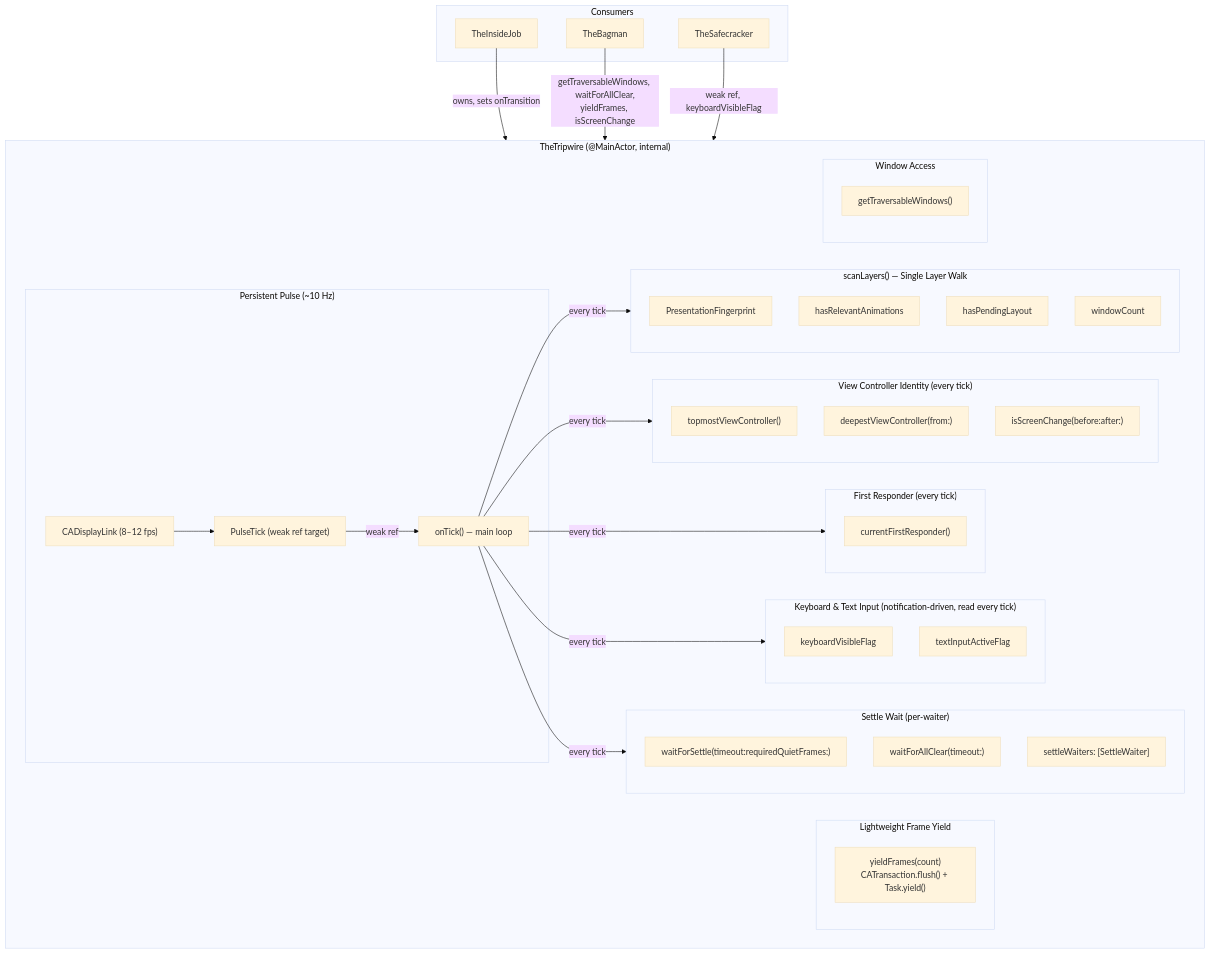
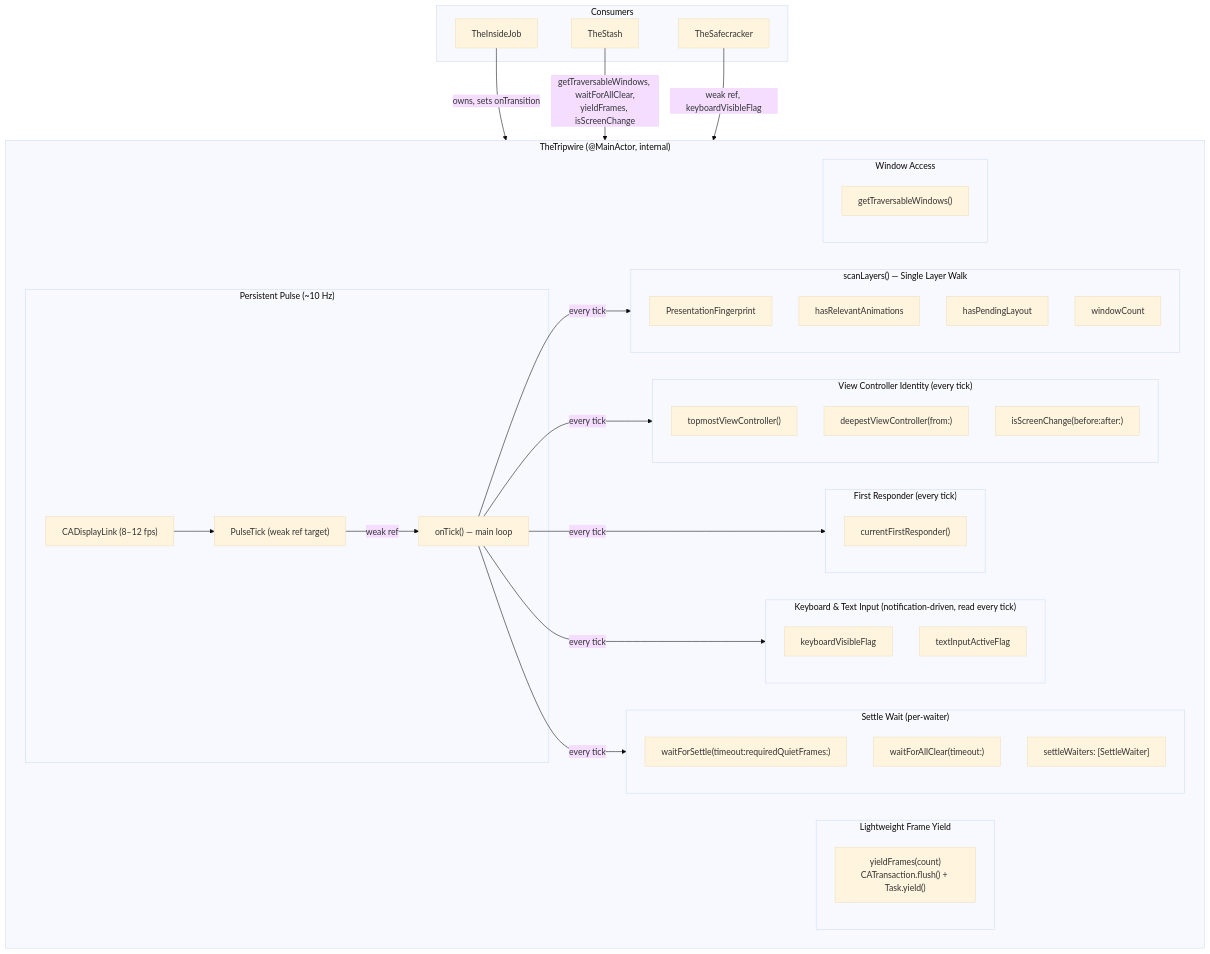
One commit to RoyalPineapple/TheButtonHeist changed the first of 6 diagrams in docs/dossiers/14-THETRIPWIRE.md. Above: the diagram before and after it, drawn with Mermaid (base theme). The commit also changed other lines of this file and 71 other files, not shown here.

First line of the commit message:
Decompose TheBagman → TheStash + TheBurglar + TheBrains (#248)

````diff
--- a/docs/dossiers/14-THETRIPWIRE.md
+++ b/docs/dossiers/14-THETRIPWIRE.md
@@ -42,64 +42,64 @@
 ```mermaid
 graph TD
     subgraph TheTripwire["TheTripwire (@MainActor, internal)"]
         subgraph Pulse["Persistent Pulse (~10 Hz)"]
             PulseTick["PulseTick (weak ref target)"]
             DisplayLink["CADisplayLink (8–12 fps)"]
             OnTick["onTick() — main loop"]
         end
 
         subgraph Scan["scanLayers() — Single Layer Walk"]
             FP["PresentationFingerprint"]
             Anim["hasRelevantAnimations"]
             Layout["hasPendingLayout"]
             WinCount["windowCount"]
         end
 
         subgraph VCIdentity["View Controller Identity (every tick)"]
             TopVC["topmostViewController()"]
             DeepVC["deepestViewController(from:)"]
             ScreenChange["isScreenChange(before:after:)"]
         end
 
         subgraph Focus["First Responder (every tick)"]
             FirstResp["currentFirstResponder()"]
         end
 
         subgraph Keyboard["Keyboard & Text Input (notification-driven, read every tick)"]
             KBFlag["keyboardVisibleFlag"]
             TextFlag["textInputActiveFlag"]
         end
 
         subgraph Settle["Settle Wait (per-waiter)"]
             WaitSettle["waitForSettle(timeout:requiredQuietFrames:)"]
             WaitAllClear["waitForAllClear(timeout:)"]
             Waiters["settleWaiters: [SettleWaiter]"]
         end
 
         subgraph FrameYield["Lightweight Frame Yield"]
             YieldFrames["yieldFrames(count)<br/>CATransaction.flush() + Task.yield()"]
         end
 
         subgraph Windows["Window Access"]
             GetWindows["getTraversableWindows()"]
         end
     end
 
     DisplayLink --> PulseTick
     PulseTick -->|"weak ref"| OnTick
     OnTick -->|"every tick"| Scan
     OnTick -->|"every tick"| VCIdentity
     OnTick -->|"every tick"| Focus
     OnTick -->|"every tick"| Keyboard
     OnTick -->|"every tick"| Settle
 
     subgraph Consumers["Consumers"]
         IJ["TheInsideJob"]
-        BM["TheBagman"]
+        BM["TheStash"]
         SC["TheSafecracker"]
     end
 
     IJ -->|"owns, sets onTransition"| TheTripwire
     BM -->|"getTraversableWindows, waitForAllClear,<br/>yieldFrames, isScreenChange"| TheTripwire
     SC -->|"weak ref, keyboardVisibleFlag"| TheTripwire
 ```
````
